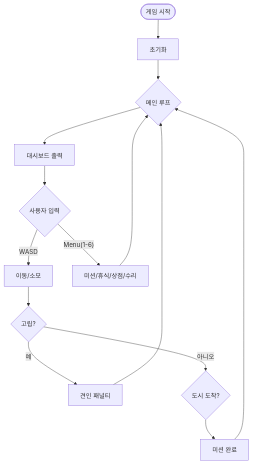
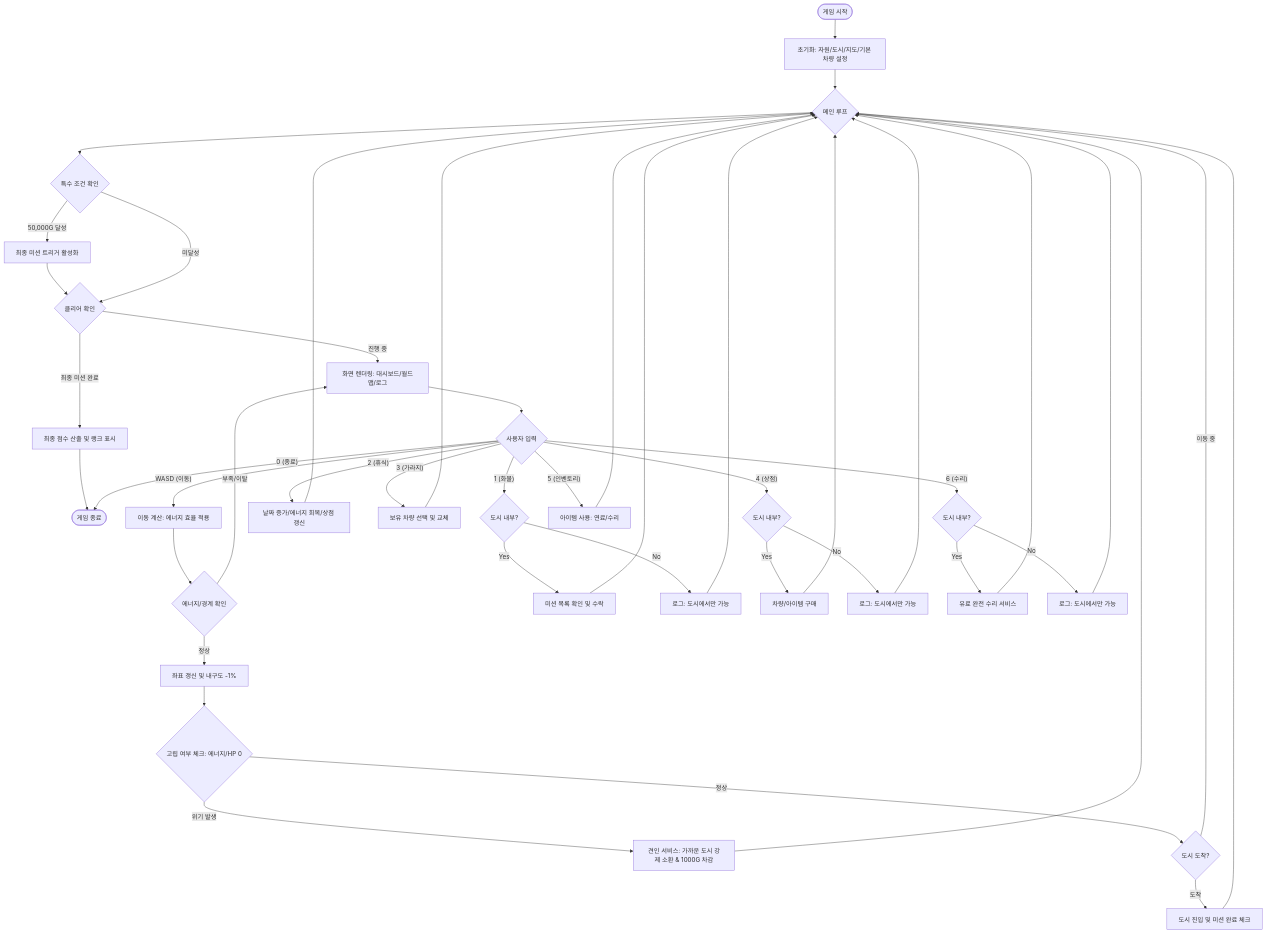
The diagram in README.md (iamfreakin/PolyDrive), drawn with Mermaid before and after one commit.

Commit message:
Docs: Enhance Game Flowchart with detailed logic

````diff
--- a/README.md
+++ b/README.md
@@ -104,11 +104,47 @@
 ```mermaid
 graph TD
-    Start([게임 시작]) --> Init[초기화]
+    Start([게임 시작]) --> Init[초기화: 자원/도시/지도/기본 차량 설정]
     Init --> Loop{메인 루프}
-    Loop --> UI[대시보드 출력]
-    UI --> Input{사용자 입력}
-    Input -- "WASD" --> Move[이동/소모] --> Hazard{고립?}
-    Hazard -- "예" --> Tow[견인 패널티] --> Loop
-    Hazard -- "아니오" --> City{도시 도착?} --> Arrive[미션 완료] --> Loop
-    Input -- "Menu(1-6)" --> Action[미션/휴식/상점/수리] --> Loop
+    
+    Loop --> SpecialCheck{특수 조건 확인}
+    SpecialCheck -- "50,000G 달성" --> FinalMission[최종 미션 트리거 활성화] --> ClearCheck
+    SpecialCheck -- "미달성" --> ClearCheck
+    
+    ClearCheck{클리어 확인}
+    ClearCheck -- "최종 미션 완료" --> GameOver[최종 점수 산출 및 랭크 표시] --> End([게임 종료])
+    ClearCheck -- "진행 중" --> Render[화면 렌더링: 대시보드/월드맵/로그]
+    
+    Render --> Input{사용자 입력}
+    
+    Input -- "WASD (이동)" --> MoveCalc[이동 계산: 에너지 효율 적용]
+    MoveCalc --> EnergyCheck{에너지/경계 확인}
+    EnergyCheck -- "부족/이탈" --> Render
+    EnergyCheck -- "정상" --> ExecuteMove[좌표 갱신 및 내구도 -1%]
+    
+    ExecuteMove --> ConditionCheck{고립 여부 체크: 에너지/HP 0}
+    ConditionCheck -- "위기 발생" --> Towing[견인 서비스: 가까운 도시 강제 소환 & 1000G 차감] --> Loop
+    ConditionCheck -- "정상" --> ArriveCheck{도시 도착?}
+    
+    ArriveCheck -- "도착" --> MissionComp[도시 진입 및 미션 완료 체크] --> Loop
+    ArriveCheck -- "이동 중" --> Loop
+    
+    Input -- "1 (화물)" --> InCity1{도시 내부?}
+    InCity1 -- "Yes" --> AcceptMission[미션 목록 확인 및 수락] --> Loop
+    InCity1 -- "No" --> LogErr1[로그: 도시에서만 가능] --> Loop
+    
+    Input -- "2 (휴식)" --> Rest[날짜 증가/에너지 회복/상점 갱신] --> Loop
+    
+    Input -- "3 (가라지)" --> SelectCar[보유 차량 선택 및 교체] --> Loop
+    
+    Input -- "4 (상점)" --> InCity4{도시 내부?}
+    InCity4 -- "Yes" --> Trade[차량/아이템 구매] --> Loop
+    InCity4 -- "No" --> LogErr4[로그: 도시에서만 가능] --> Loop
+    
+    Input -- "5 (인벤토리)" --> UseItem[아이템 사용: 연료/수리] --> Loop
+    
+    Input -- "6 (수리)" --> InCity6{도시 내부?}
+    InCity6 -- "Yes" --> FullRepair[유료 완전 수리 서비스] --> Loop
+    InCity6 -- "No" --> LogErr6[로그: 도시에서만 가능] --> Loop
+    
+    Input -- "0 (종료)" --> End
 ```
````
